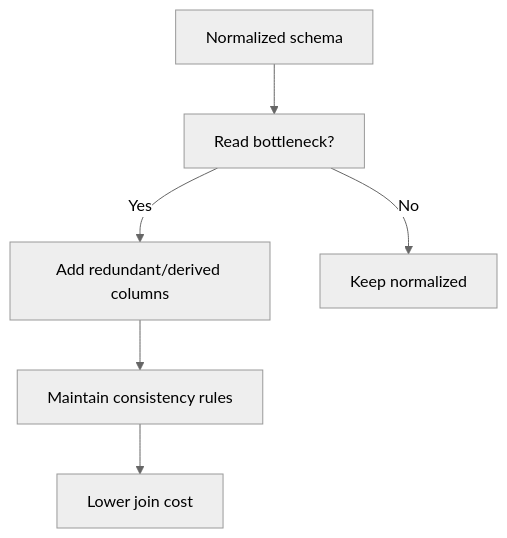
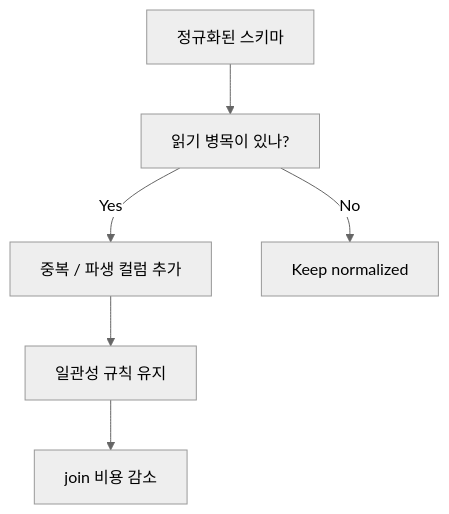
The ninth of 54 diagrams in _posts/cs-note/2026-02-27-database.md (mandoobox/mandoobox.github.io), drawn with Mermaid (neutral theme) before and after one commit. The commit also changed other lines of this file and 18 other files, not shown here.

````diff
--- a/_posts/cs-note/2026-02-27-database.md
+++ b/_posts/cs-note/2026-02-27-database.md
@@ -280,8 +278,8 @@
 ```mermaid
 flowchart TD
-  N[Normalized schema] --> B["Read bottleneck?"]
-  B -->|Yes| D["Add redundant/derived columns"]
-  D --> C[Maintain consistency rules]
-  C --> R[Lower join cost]
+  N[정규화된 스키마] --> B["읽기 병목이 있나?"]
+  B -->|Yes| D["중복 / 파생 컬럼 추가"]
+  D --> C[일관성 규칙 유지]
+  C --> R[join 비용 감소]
   B -->|No| K[Keep normalized]
 ```
````
